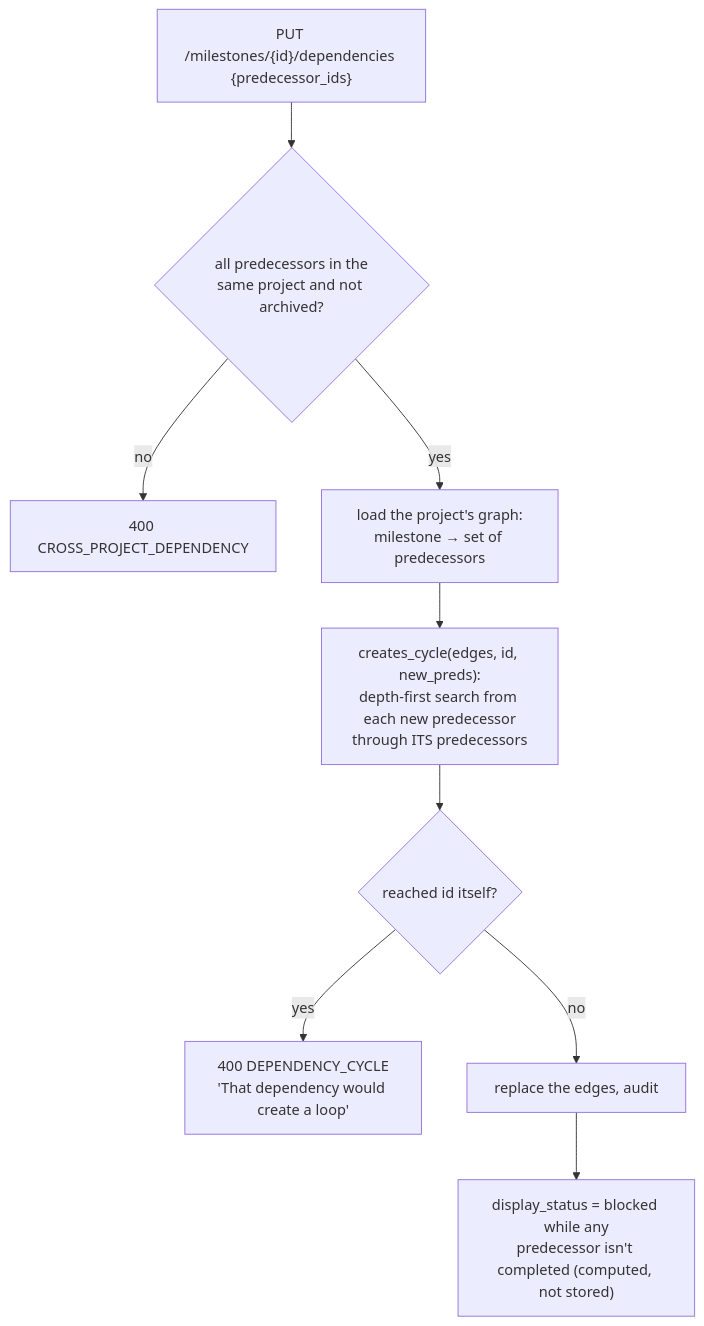
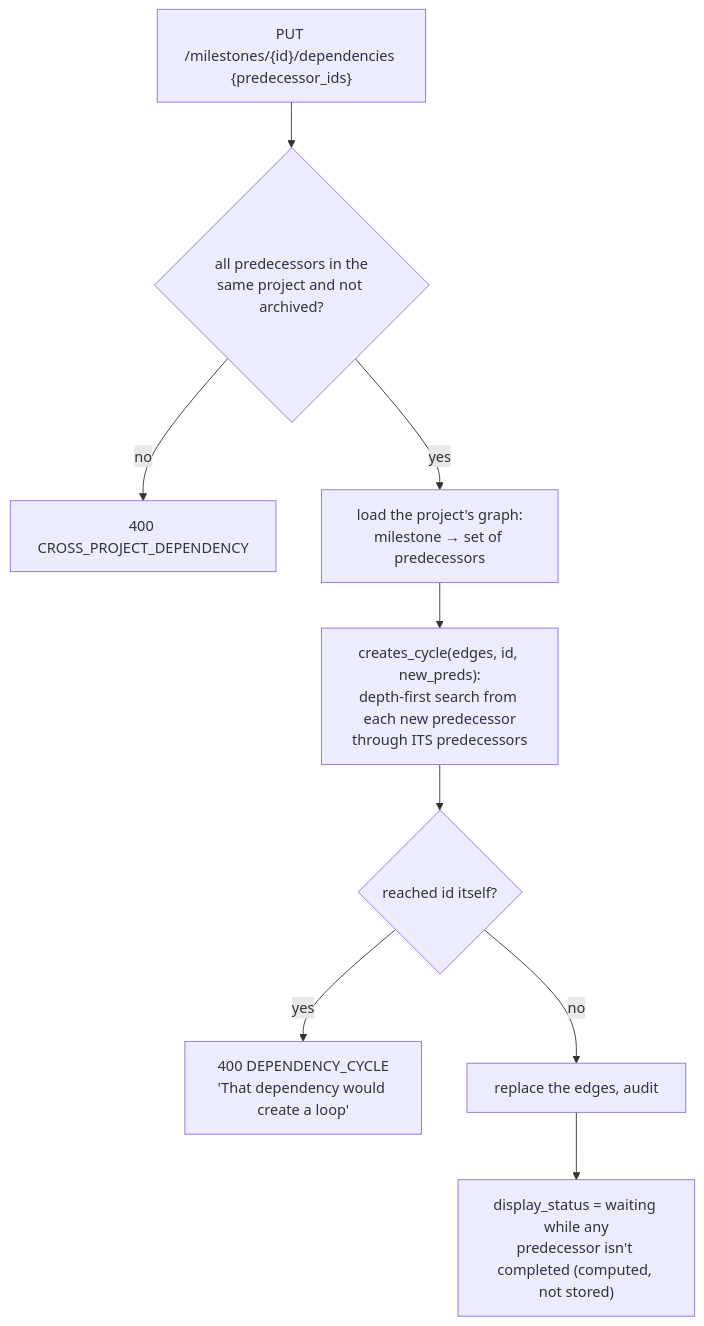
One commit to RootMoataz/citi-overwatch changed the seventh of 16 diagrams in docs/project/LOGIC_WALKTHROUGH.md. Above: the diagram before and after it, drawn with Mermaid. The commit also changed other lines of this file and 3 other files, not shown here.

````diff
--- a/docs/project/LOGIC_WALKTHROUGH.md
+++ b/docs/project/LOGIC_WALKTHROUGH.md
@@ -201,11 +204,11 @@
 ```mermaid
 flowchart TD
   Q["PUT /milestones/{id}/dependencies {predecessor_ids}"] --> X{all predecessors in the<br/>same project and not archived?}
   X -- no --> XE[400 CROSS_PROJECT_DEPENDENCY]
   X -- yes --> G[load the project's graph:<br/>milestone → set of predecessors]
   G --> D["creates_cycle(edges, id, new_preds):<br/>depth-first search from each new predecessor<br/>through ITS predecessors"]
   D --> F{reached id itself?}
   F -- yes --> CE[400 DEPENDENCY_CYCLE<br/>'That dependency would create a loop']
   F -- no --> OK[replace the edges, audit]
-  OK --> B["display_status = blocked while any<br/>predecessor isn't completed (computed, not stored)"]
+  OK --> B["display_status = waiting while any<br/>predecessor isn't completed (computed, not stored)"]
 ```
````
